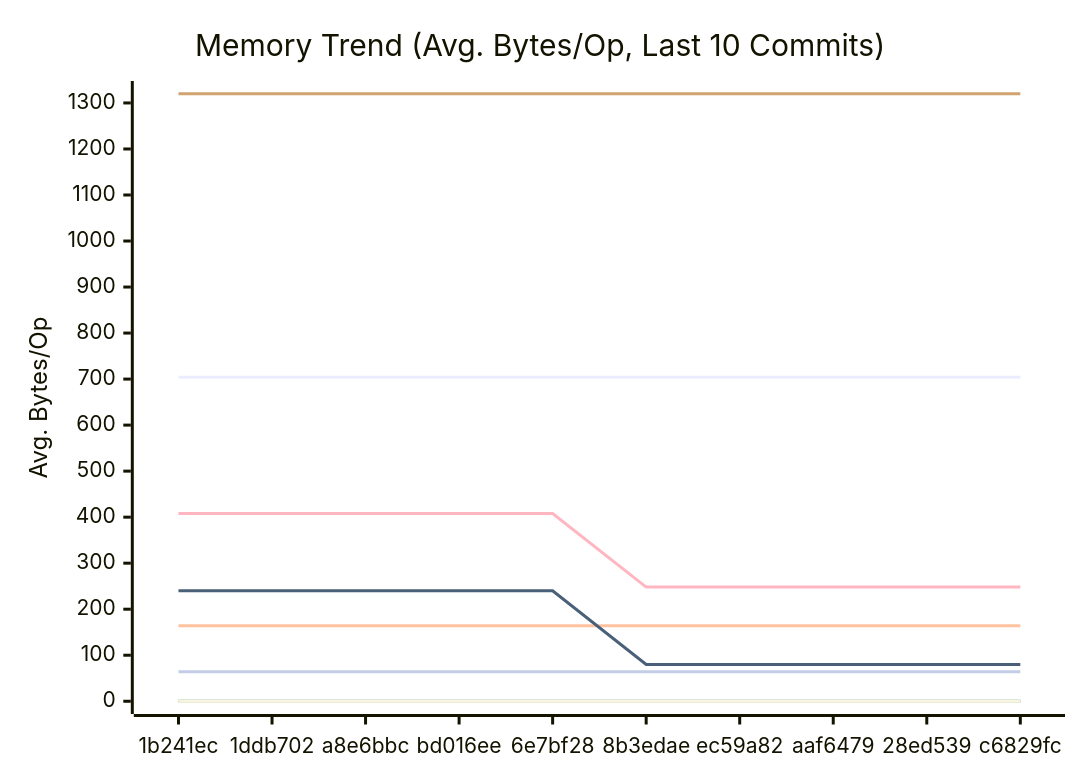
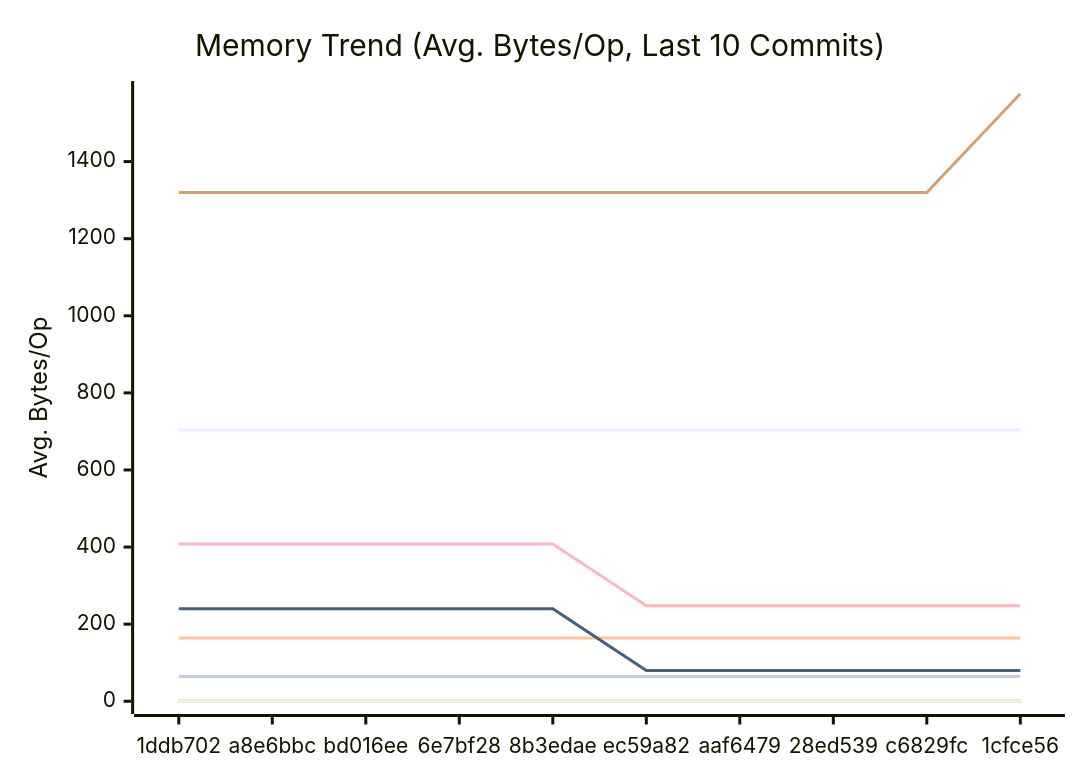
Before and after one commit to alsotoes/momo: the second of 3 diagrams in docs/PERFORMANCE.md, drawn with Mermaid. The commit also changed other lines of this file and 8 other files, not shown here.

````diff
--- a/docs/PERFORMANCE.md
+++ b/docs/PERFORMANCE.md
@@ -152,18 +154,18 @@
 ```mermaid
 xychart-beta
     title "Memory Trend (Avg. Bytes/Op, Last 10 Commits)"
     x-axis "Commit"
     y-axis "Avg. Bytes/Op"
-    x-axis [1b241ec,1ddb702,a8e6bbc,bd016ee,6e7bf28,8b3edae,ec59a82,aaf6479,28ed539,c6829fc]
+    x-axis [1ddb702,a8e6bbc,bd016ee,6e7bf28,8b3edae,ec59a82,aaf6479,28ed539,c6829fc,1cfce56]
     line "CheckMetricsAndSwap" [0,0,0,0,0,0,0,0,0,0]
     line "CrushOptimized" [0,0,0,0,0,0,0,0,0,0]
     line "CrushOriginal" [164,164,164,164,164,164,164,164,164,164]
     line "IndexDirectTracking" [0,0,0,0,0,0,0,0,0,0]
     line "IndexSearch" [0,0,0,0,0,0,0,0,0,0]
-    line "LoadGlobalConfig" [1320,1320,1320,1320,1320,1320,1320,1320,1320,1320]
+    line "LoadGlobalConfig" [1320,1320,1320,1320,1320,1320,1320,1320,1320,1576]
     line "PadString" [64,64,64,64,64,64,64,64,64,64]
     line "ParseReplicationOrder_NoPrealloc" [408,408,408,408,408,248,248,248,248,248]
     line "ParseReplicationOrder_Prealloc" [240,240,240,240,240,80,80,80,80,80]
     line "SanitizeLog/Safe" [0,0,0,0,0,0,0,0,0,0]
     line "SanitizeLog/Unsafe" [704,704,704,704,704,704,704,704,704,704]
 ```
````
